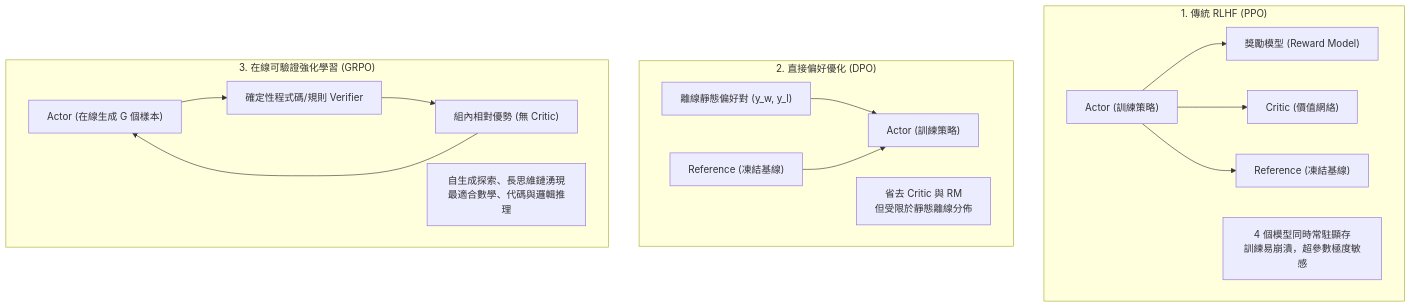
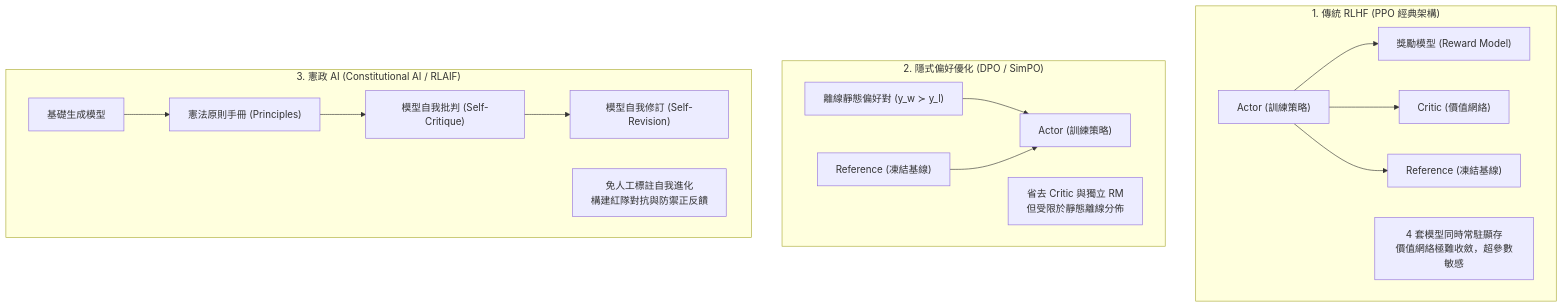
Before and after one commit to cwleung/post-training: the first of 4 diagrams in rlvr/tutorials/18_alignment_safety_red_teaming.md, drawn with Mermaid. The commit also changed other lines of this file and 46 other files, not shown here.

````diff
--- a/rlvr/tutorials/18_alignment_safety_red_teaming.md
+++ b/rlvr/tutorials/18_alignment_safety_red_teaming.md
@@ -11,31 +12,31 @@
 ```mermaid
 flowchart TD
-    subgraph PPO["1. 傳統 RLHF (PPO)"]
+    subgraph PPO["1. 傳統 RLHF (PPO 經典架構)"]
       RM["獎勵模型 (Reward Model)"]
       ACTOR["Actor (訓練策略)"]
       CRITIC["Critic (價值網絡)"]
       REF["Reference (凍結基線)"]
       ACTOR --> RM
       ACTOR --> CRITIC
       ACTOR --> REF
-      Note1["4 個模型同時常駐顯存<br/>訓練易崩潰，超參數極度敏感"]
+      Note1["4 套模型同時常駐顯存<br/>價值網絡極難收斂，超參數敏感"]
     end
 
-    subgraph DPO["2. 直接偏好優化 (DPO)"]
+    subgraph DPO_SIMPO["2. 隱式偏好優化 (DPO / SimPO)"]
       ACTOR_D["Actor (訓練策略)"]
       REF_D["Reference (凍結基線)"]
-      DATA_PREF["離線靜態偏好對 (y_w, y_l)"]
+      DATA_PREF["離線靜態偏好對 (y_w ≻ y_l)"]
       DATA_PREF --> ACTOR_D
       REF_D --> ACTOR_D
-      Note2["省去 Critic 與 RM<br/>但受限於靜態離線分佈"]
+      Note2["省去 Critic 與獨立 RM<br/>但受限於靜態離線分佈"]
     end
 
-    subgraph GRPO["3. 在線可驗證強化學習 (GRPO)"]
-      ACTOR_G["Actor (在線生成 G 個樣本)"]
-      VERIFIER["確定性程式碼/規則 Verifier"]
-      ACTOR_G --> VERIFIER
-      VERIFIER --> ADV["組內相對優勢 (無 Critic)"]
-      ADV --> ACTOR_G
-      Note3["自生成探索、長思維鏈湧現<br/>最適合數學、代碼與邏輯推理"]
+    subgraph CAI["3. 憲政 AI (Constitutional AI / RLAIF)"]
+      MODEL_C["基礎生成模型"]
+      RULES["憲法原則手冊 (Principles)"]
+      CRITIC_C["模型自我批判 (Self-Critique)"]
+      REVISER["模型自我修訂 (Self-Revision)"]
+      MODEL_C --> RULES --> CRITIC_C --> REVISER
+      Note3["免人工標註自我進化<br/>構建紅隊對抗與防禦正反饋"]
     end
 ```
````
